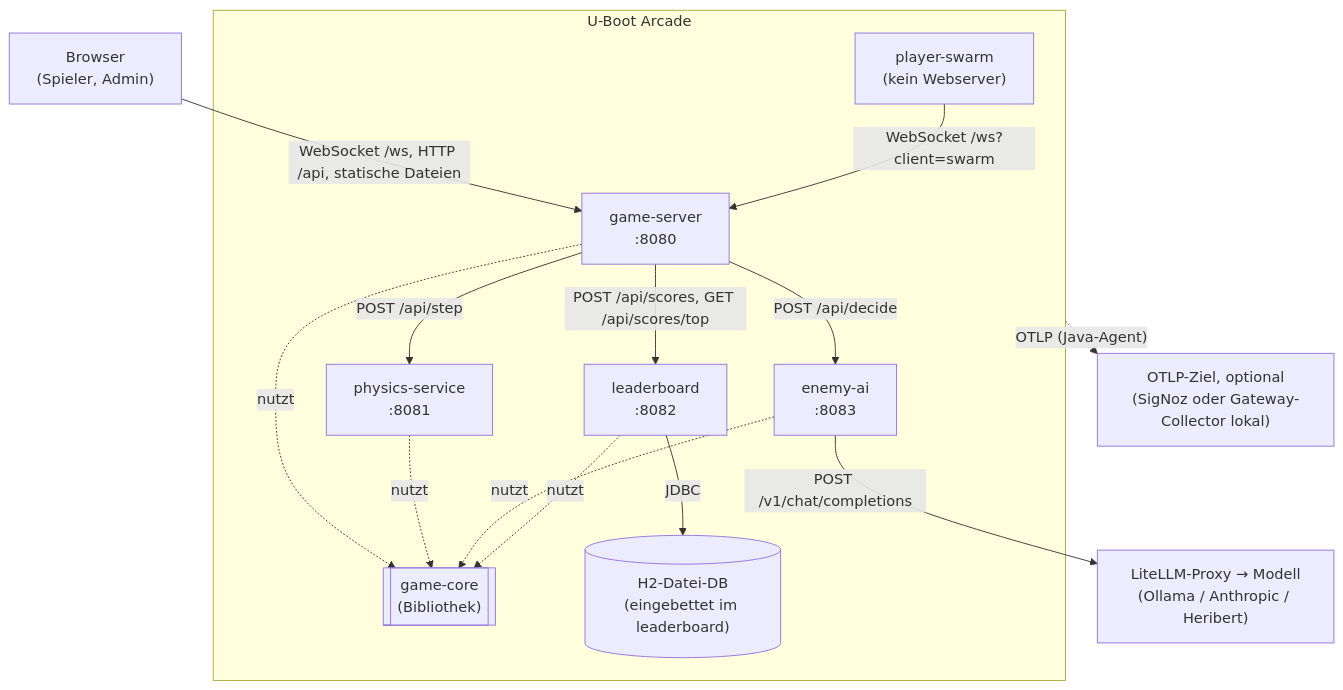
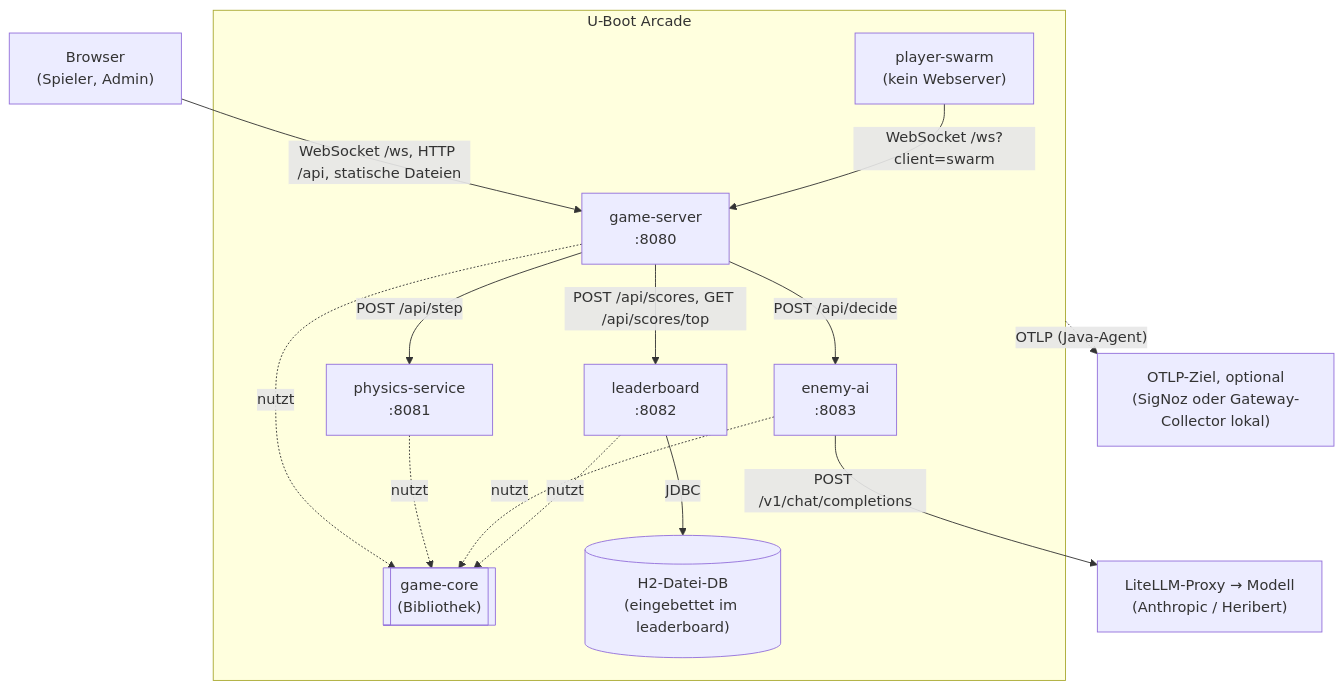
The diagram in arc-doc/05-Bausteinsicht/05-01-Ebene-1.md (c-kaiser/u-boot-arcade), drawn with Mermaid before and after one commit. The commit also changed 17 other files, not shown here.

````diff
--- a/arc-doc/05-Bausteinsicht/05-01-Ebene-1.md
+++ b/arc-doc/05-Bausteinsicht/05-01-Ebene-1.md
@@ -9,31 +9,31 @@
 ```mermaid
 flowchart TB
     Browser["Browser<br/>(Spieler, Admin)"]
-    LLM["LiteLLM-Proxy → Modell<br/>(Ollama / Anthropic / Heribert)"]
+    LLM["LiteLLM-Proxy → Modell<br/>(Anthropic / Heribert)"]
     OTEL["OTLP-Ziel, optional<br/>(SigNoz oder Gateway-Collector lokal)"]
 
     subgraph System["U-Boot Arcade"]
         GS["game-server<br/>:8080"]
         PH["physics-service<br/>:8081"]
         LB["leaderboard<br/>:8082"]
         AI["enemy-ai<br/>:8083"]
         SW["player-swarm<br/>(kein Webserver)"]
         CORE[["game-core<br/>(Bibliothek)"]]
         DB[("H2-Datei-DB<br/>(eingebettet im leaderboard)")]
     end
 
     Browser -- "WebSocket /ws, HTTP /api, statische Dateien" --> GS
     SW -- "WebSocket /ws?client=swarm" --> GS
     GS -- "POST /api/step" --> PH
     GS -- "POST /api/decide" --> AI
     GS -- "POST /api/scores, GET /api/scores/top" --> LB
     LB -- JDBC --> DB
     AI -- "POST /v1/chat/completions" --> LLM
 
     GS -. nutzt .-> CORE
     PH -. nutzt .-> CORE
     AI -. nutzt .-> CORE
     LB -. nutzt .-> CORE
 
     System -. "OTLP (Java-Agent)" .-> OTEL
 ```
````
